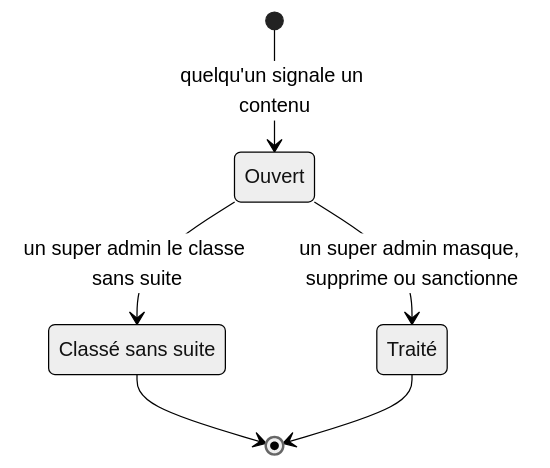
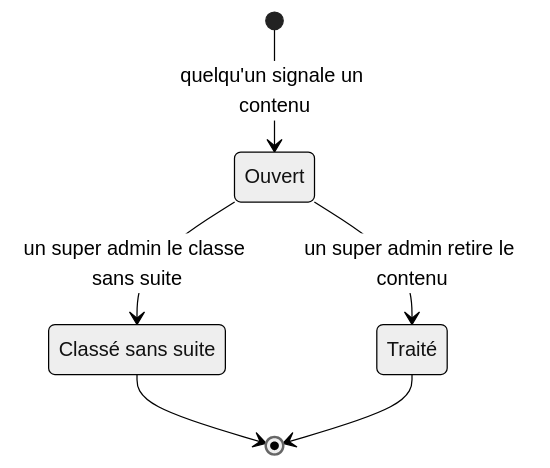
One commit to Bagra67/TierList changed the third of 4 diagrams in docs/product/milestone-2/lifecycles.fr.md. Above: the diagram before and after it, drawn with Mermaid (neutral theme). The commit also changed other lines of this file and 9 other files, not shown here.

````diff
--- a/docs/product/milestone-2/lifecycles.fr.md
+++ b/docs/product/milestone-2/lifecycles.fr.md
@@ -70,11 +70,11 @@
 ```mermaid
 stateDiagram-v2
     Ouvert : Ouvert
     Classe : Classé sans suite
     Traite : Traité
     [*] --> Ouvert : quelqu'un signale un contenu
     Ouvert --> Classe : un super admin le classe sans suite
-    Ouvert --> Traite : un super admin masque, supprime ou sanctionne
+    Ouvert --> Traite : un super admin retire le contenu
     Classe --> [*]
     Traite --> [*]
 ```
````
